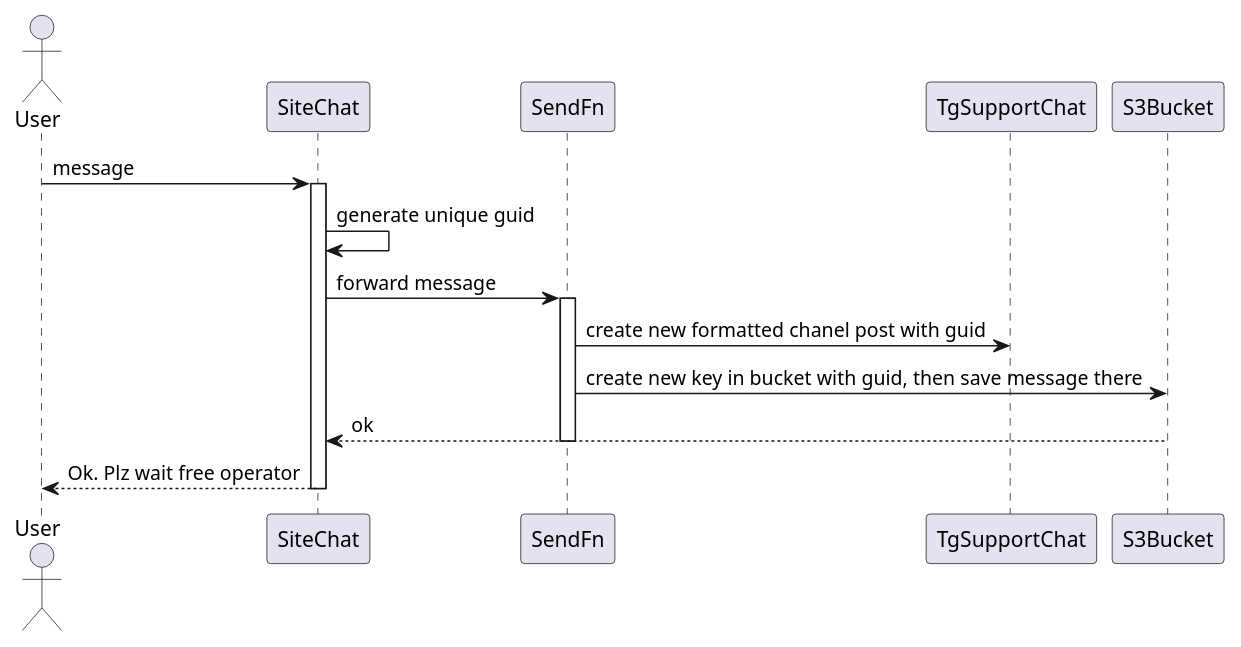
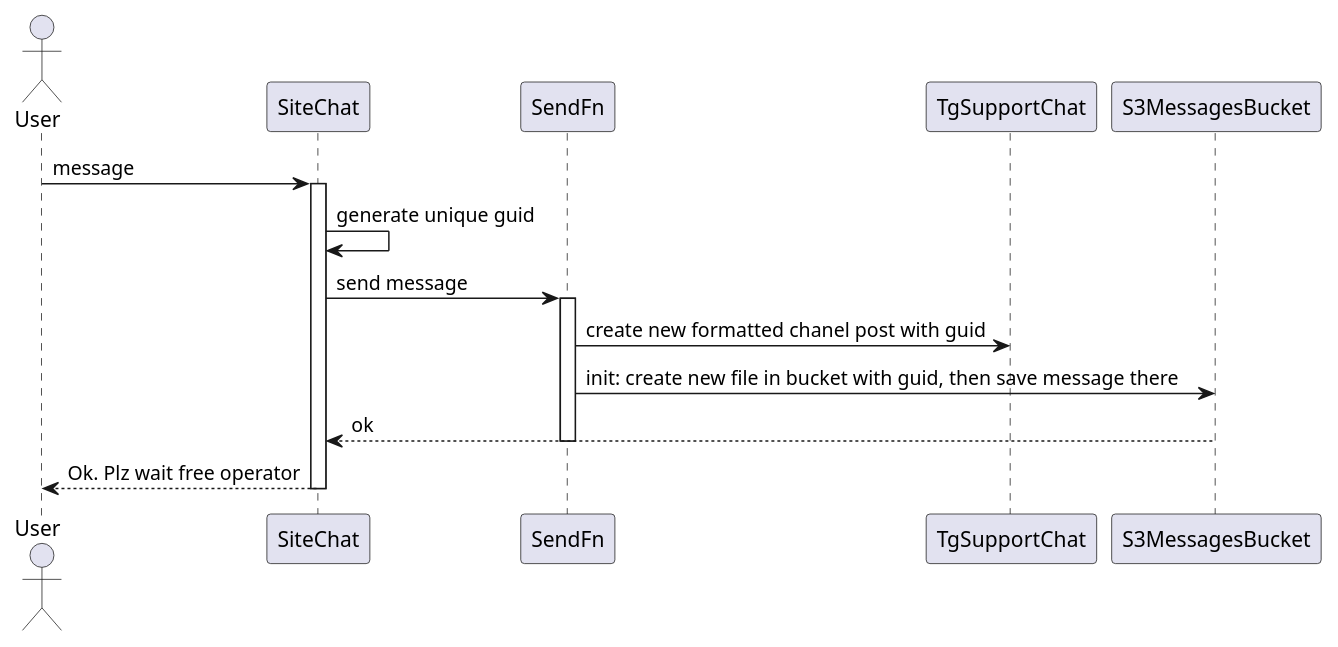
One commit to madbonez/tg-site-support-bot changed the diagram in docs/sequence/2-user-message.puml. Above: the diagram before and after it, drawn with PlantUML. The commit also changed 10 other files, not shown here.

```diff
--- a/docs/sequence/2-user-message.puml
+++ b/docs/sequence/2-user-message.puml
@@ -1,19 +1,19 @@
 @startuml
 actor User
 
 User -> SiteChat: message
 activate SiteChat
 
 SiteChat -> SiteChat: generate unique guid
 
-SiteChat -> SendFn: forward message
+SiteChat -> SendFn: send message
 activate SendFn
 SendFn -> TgSupportChat: create new formatted chanel post with guid
-SendFn -> S3Bucket: create new key in bucket with guid, then save message there
-S3Bucket --> SiteChat: ok
+SendFn -> S3MessagesBucket: init: create new file in bucket with guid, then save message there
+S3MessagesBucket --> SiteChat: ok
 deactivate SendFn
 
 SiteChat --> User: Ok. Plz wait free operator
 
 deactivate SiteChat
 @enduml
```
